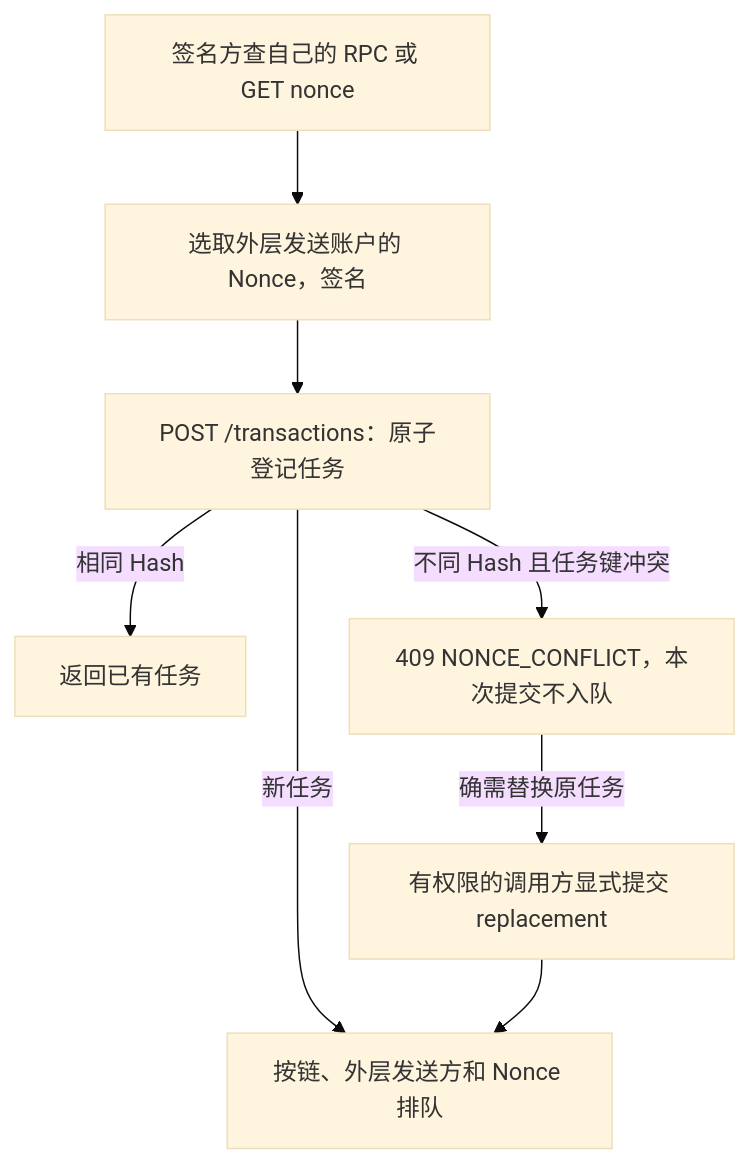
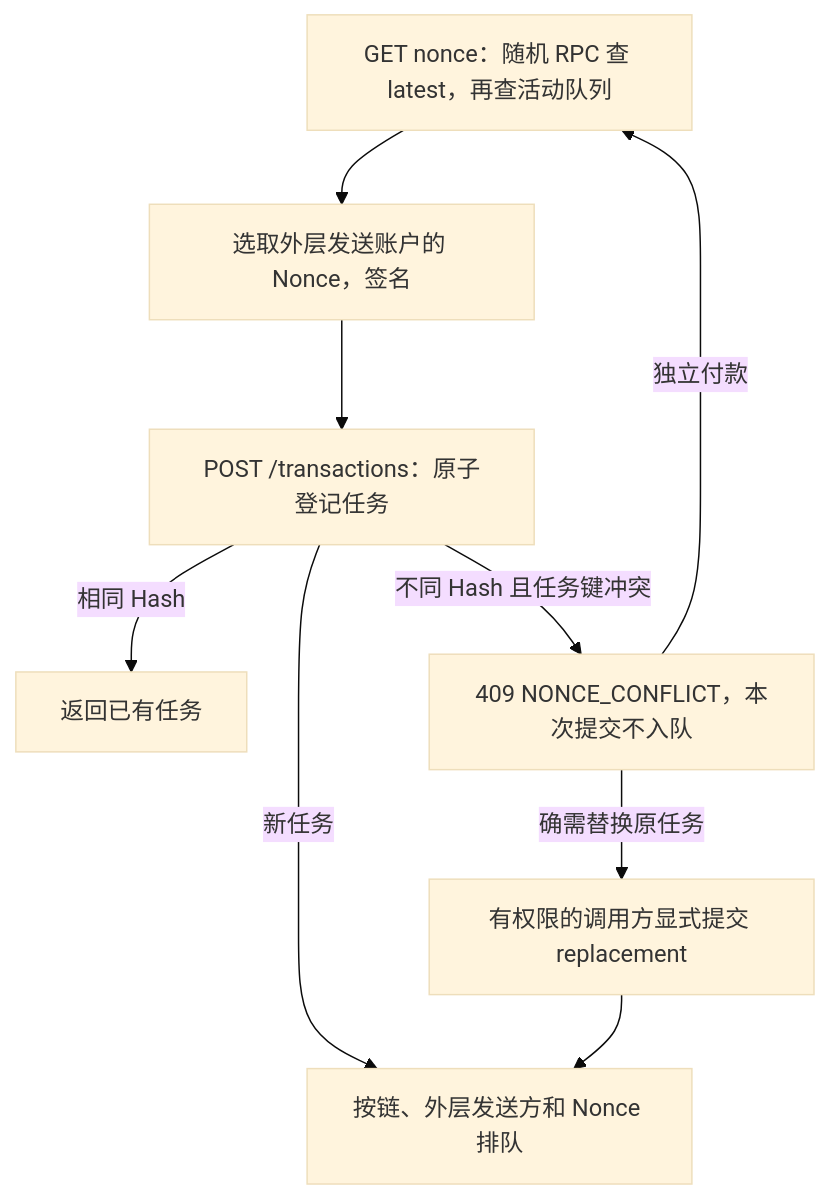
Before and after one commit to GMWalletApp/Broadcaster: the first of 2 diagrams in README.md, drawn with Mermaid (base theme). The commit also changed other lines of this file and 12 other files, not shown here.

Commit message:
Resolve suggested EVM nonce from a live RPC and active task queue

```diff
--- a/README.md
+++ b/README.md
@@ -57,10 +59,11 @@
 ~~~mermaid
 flowchart TD
-    Read["签名方查自己的 RPC 或 GET nonce"] --> Sign["选取外层发送账户的 Nonce，签名"]
+    Read["GET nonce：随机 RPC 查 latest，再查活动队列"] --> Sign["选取外层发送账户的 Nonce，签名"]
     Sign --> Submit["POST /transactions：原子登记任务"]
     Submit -->|相同 Hash| Existing["返回已有任务"]
     Submit -->|不同 Hash 且任务键冲突| Conflict["409 NONCE_CONFLICT，本次提交不入队"]
     Submit -->|新任务| Queue["按链、外层发送方和 Nonce 排队"]
+    Conflict -->|独立付款| Read
     Conflict -->|确需替换原任务| Replace["有权限的调用方显式提交 replacement"]
     Replace --> Queue
 ~~~
```
